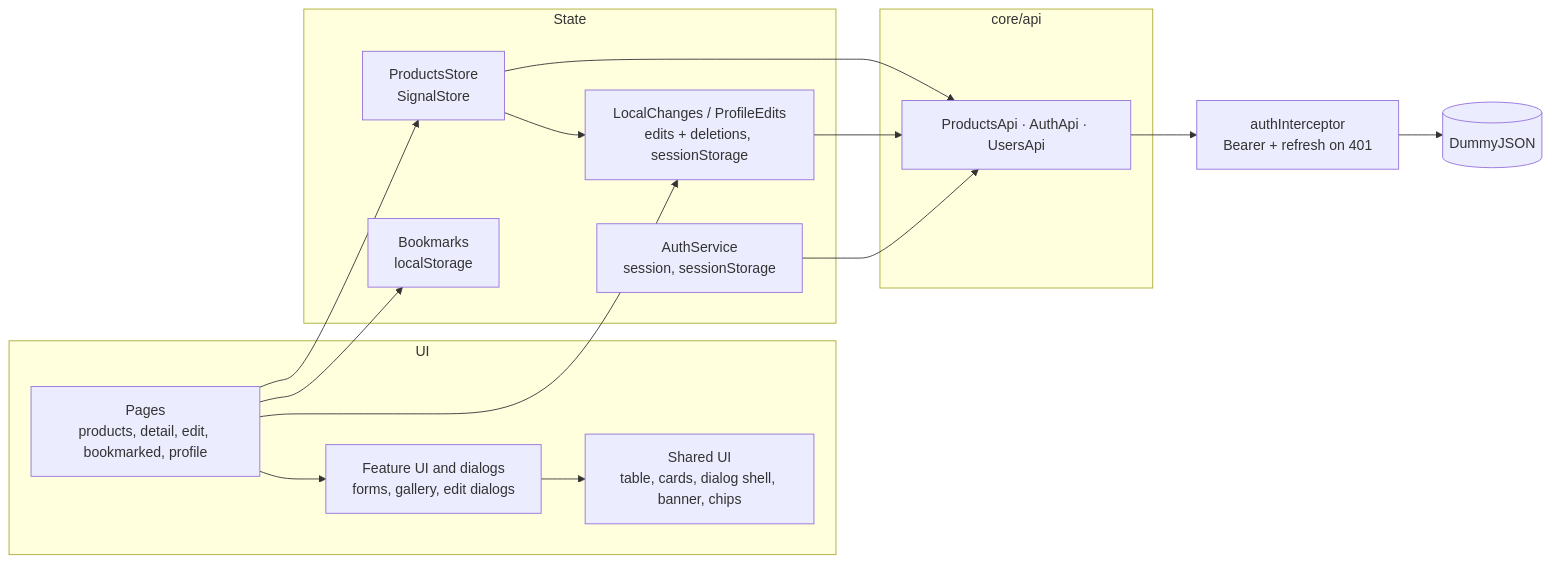
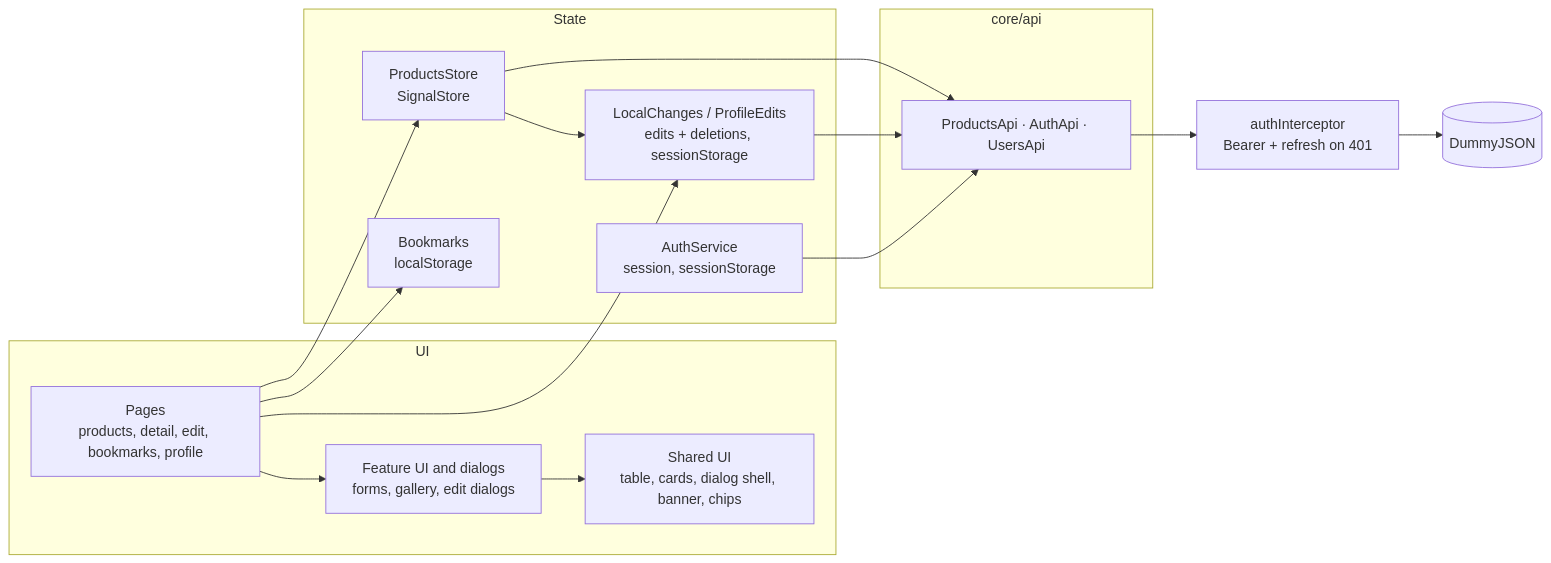
Before and after one commit to darija-cholakova/inventory-console: the diagram in README.md, drawn with Mermaid. The commit also changed other lines of this file and 17 other files, not shown here.

````diff
--- a/README.md
+++ b/README.md
@@ -94,24 +96,24 @@
 ```mermaid
 flowchart LR
   subgraph UI
-    Pages[Pages<br/>products, detail, edit, bookmarked, profile]
+    Pages[Pages<br/>products, detail, edit, bookmarks, profile]
     Ui[Feature UI and dialogs<br/>forms, gallery, edit dialogs]
     Shared[Shared UI<br/>table, cards, dialog shell, banner, chips]
   end
   subgraph State
     Store[ProductsStore<br/>SignalStore]
     Local[LocalChanges / ProfileEdits<br/>edits + deletions, sessionStorage]
     Bookmarks[Bookmarks<br/>localStorage]
     Auth[AuthService<br/>session, sessionStorage]
   end
   subgraph core/api
     Api[ProductsApi · AuthApi · UsersApi]
   end
   Interceptor[authInterceptor<br/>Bearer + refresh on 401]
   Pages --> Ui --> Shared
   Pages --> Store & Local & Bookmarks
   Store --> Local
   Store & Local --> Api
   Auth --> Api
   Api --> Interceptor --> DummyJSON[(DummyJSON)]
 ```
````
